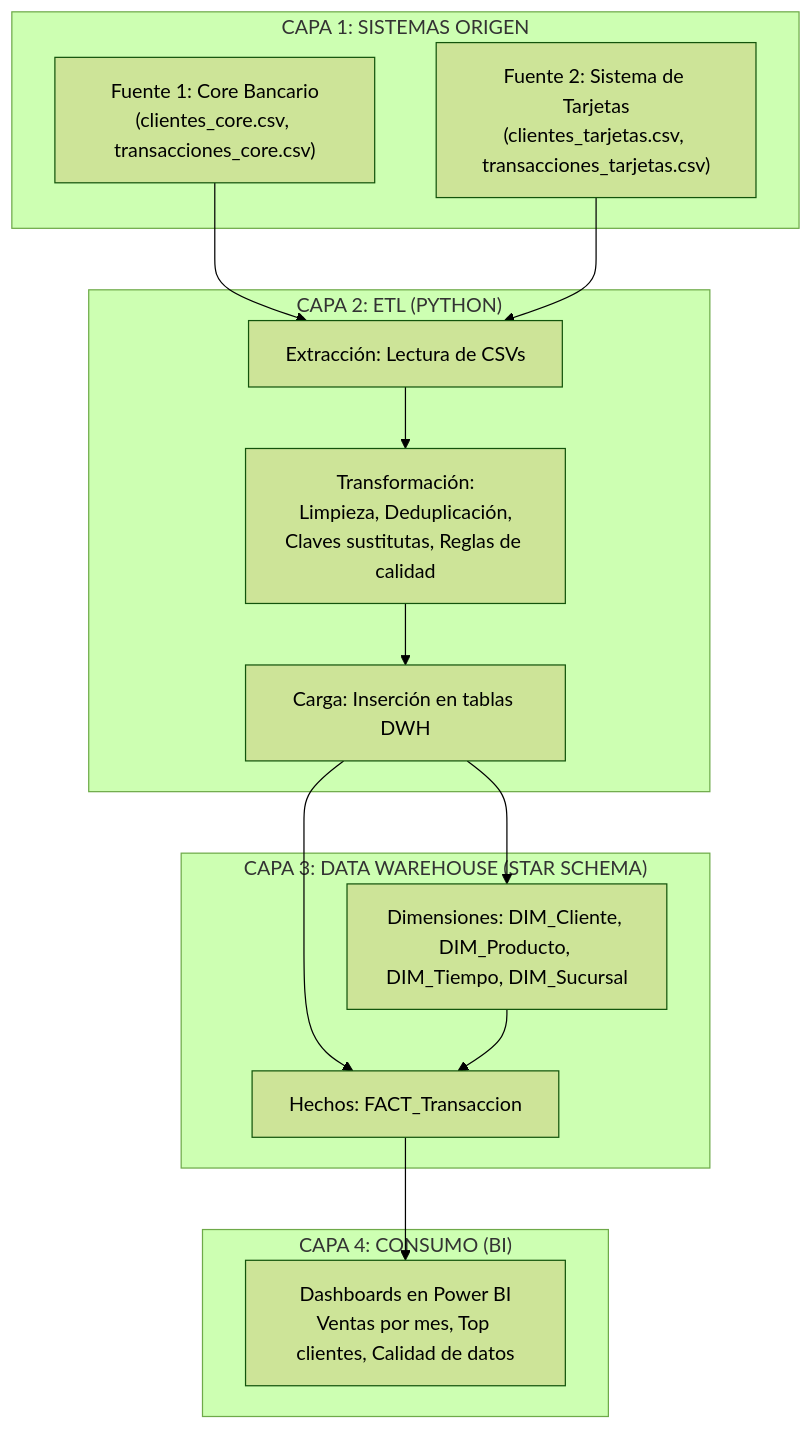
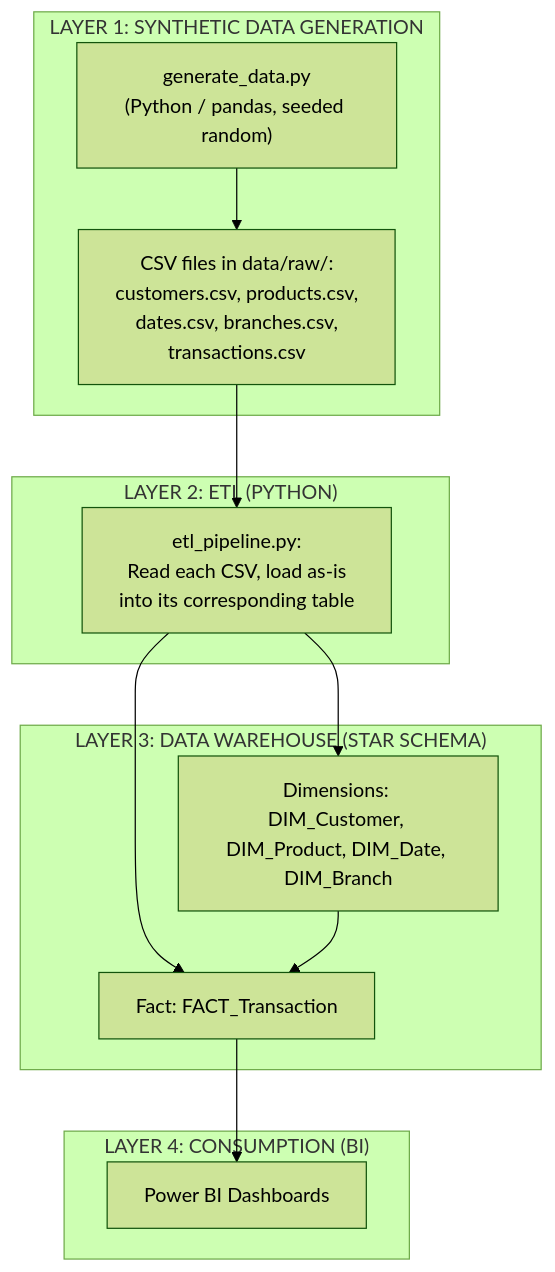
One commit to alejandrov07/banking-data-warehouse-etl changed the diagram in docs/lineage.md. Above: the diagram before and after it, drawn with Mermaid (forest theme). The commit also changed other lines of this file and 2 other files, not shown here.

Commit message:
docs: rewrite data dictionary, lineage, and charter in English to match actual schema

````diff
--- a/docs/lineage.md
+++ b/docs/lineage.md
@@ -18,31 +11,27 @@
 ```mermaid
 flowchart TD
-    subgraph Origen["CAPA 1: SISTEMAS ORIGEN"]
-        Core["Fuente 1: Core Bancario<br>(clientes_core.csv, transacciones_core.csv)"]
-        Tarjetas["Fuente 2: Sistema de Tarjetas<br>(clientes_tarjetas.csv, transacciones_tarjetas.csv)"]
+    subgraph Gen["LAYER 1: SYNTHETIC DATA GENERATION"]
+        Script["generate_data.py<br>(Python / pandas, seeded random)"]
+        CSVs["CSV files in data/raw/:<br>customers.csv, products.csv,<br>dates.csv, branches.csv,<br>transactions.csv"]
     end
 
-    subgraph ETL["CAPA 2: ETL (PYTHON)"]
-        Extraer["Extracción: Lectura de CSVs"]
-        Transformar["Transformación:<br>Limpieza, Deduplicación,<br>Claves sustitutas, Reglas de calidad"]
-        Cargar["Carga: Inserción en tablas DWH"]
+    subgraph ETL["LAYER 2: ETL (PYTHON)"]
+        Load["etl_pipeline.py:<br>Read each CSV, load as-is<br>into its corresponding table"]
     end
 
-    subgraph DWH["CAPA 3: DATA WAREHOUSE (STAR SCHEMA)"]
-        Dims["Dimensiones: DIM_Cliente, DIM_Producto, DIM_Tiempo, DIM_Sucursal"]
-        Hechos["Hechos: FACT_Transaccion"]
+    subgraph DWH["LAYER 3: DATA WAREHOUSE (STAR SCHEMA)"]
+        Dims["Dimensions: DIM_Customer, DIM_Product, DIM_Date, DIM_Branch"]
+        Fact["Fact: FACT_Transaction"]
     end
 
-    subgraph BI["CAPA 4: CONSUMO (BI)"]
-        Dashboard["Dashboards en Power BI<br>Ventas por mes, Top clientes, Calidad de datos"]
+    subgraph BI["LAYER 4: CONSUMPTION (BI)"]
+        Dashboard["Power BI Dashboards"]
     end
 
-    Core --> Extraer
-    Tarjetas --> Extraer
-    Extraer --> Transformar
-    Transformar --> Cargar
-    Cargar --> Dims
-    Cargar --> Hechos
-    Dims --> Hechos
-    Hechos --> Dashboard
+    Script --> CSVs
+    CSVs --> Load
+    Load --> Dims
+    Load --> Fact
+    Dims --> Fact
+    Fact --> Dashboard
 ```
````
